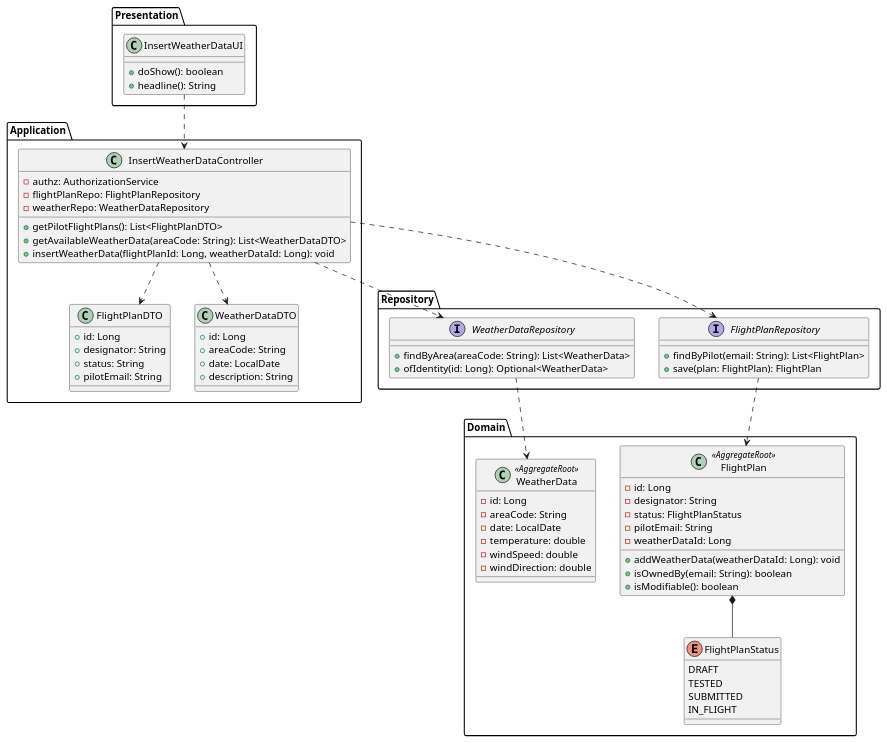
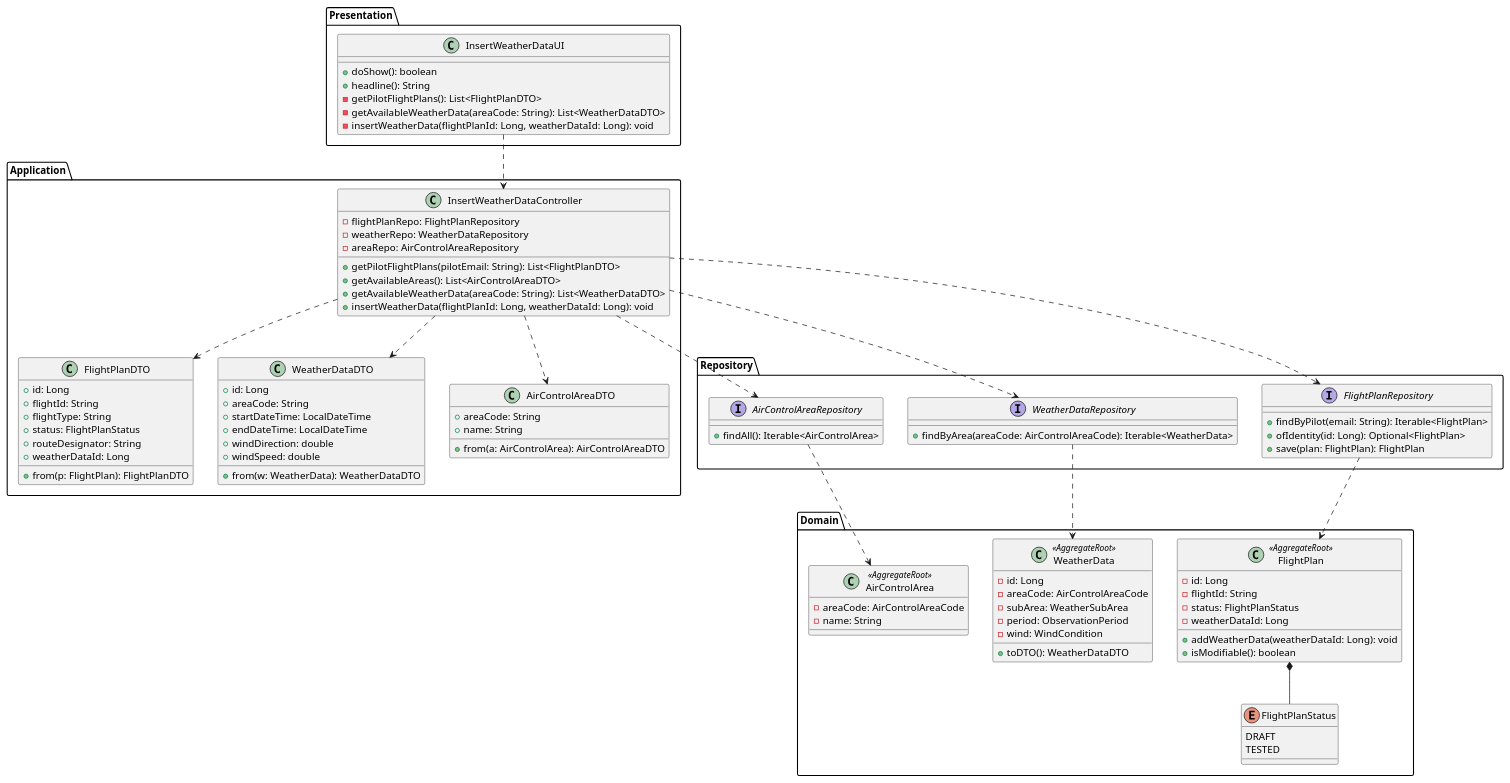
Before and after one commit to DuartePinto1240/sem4pi2526-sem4pi2526_2da2: the diagram in docs/Sprint 3/EAPLI/US082/puml/US082-class-diagram.puml, drawn with PlantUML. The commit also changed 13 other files, not shown here.

```diff
--- a/docs/Sprint 3/EAPLI/US082/puml/US082-class-diagram.puml
+++ b/docs/Sprint 3/EAPLI/US082/puml/US082-class-diagram.puml
@@ -1,80 +1,101 @@
 @startuml
 
 package "Presentation" {
   class InsertWeatherDataUI {
     +doShow(): boolean
     +headline(): String
+    -getPilotFlightPlans(): List<FlightPlanDTO>
+    -getAvailableWeatherData(areaCode: String): List<WeatherDataDTO>
+    -insertWeatherData(flightPlanId: Long, weatherDataId: Long): void
   }
 }
 
 package "Application" {
   class InsertWeatherDataController {
-    -authz: AuthorizationService
     -flightPlanRepo: FlightPlanRepository
     -weatherRepo: WeatherDataRepository
-    +getPilotFlightPlans(): List<FlightPlanDTO>
+    -areaRepo: AirControlAreaRepository
+    +getPilotFlightPlans(pilotEmail: String): List<FlightPlanDTO>
+    +getAvailableAreas(): List<AirControlAreaDTO>
     +getAvailableWeatherData(areaCode: String): List<WeatherDataDTO>
     +insertWeatherData(flightPlanId: Long, weatherDataId: Long): void
   }
   class FlightPlanDTO {
     +id: Long
-    +designator: String
-    +status: String
-    +pilotEmail: String
+    +flightId: String
+    +flightType: String
+    +status: FlightPlanStatus
+    +routeDesignator: String
+    +weatherDataId: Long
+    +from(p: FlightPlan): FlightPlanDTO
   }
   class WeatherDataDTO {
     +id: Long
     +areaCode: String
-    +date: LocalDate
-    +description: String
+    +startDateTime: LocalDateTime
+    +endDateTime: LocalDateTime
+    +windDirection: double
+    +windSpeed: double
+    +from(w: WeatherData): WeatherDataDTO
+  }
+  class AirControlAreaDTO {
+    +areaCode: String
+    +name: String
+    +from(a: AirControlArea): AirControlAreaDTO
   }
 }
 
 package "Domain" {
   class FlightPlan <<AggregateRoot>> {
     -id: Long
-    -designator: String
+    -flightId: String
     -status: FlightPlanStatus
-    -pilotEmail: String
     -weatherDataId: Long
     +addWeatherData(weatherDataId: Long): void
-    +isOwnedBy(email: String): boolean
     +isModifiable(): boolean
   }
   enum FlightPlanStatus {
     DRAFT
     TESTED
-    SUBMITTED
-    IN_FLIGHT
   }
   class WeatherData <<AggregateRoot>> {
     -id: Long
-    -areaCode: String
-    -date: LocalDate
-    -temperature: double
-    -windSpeed: double
-    -windDirection: double
+    -areaCode: AirControlAreaCode
+    -subArea: WeatherSubArea
+    -period: ObservationPeriod
+    -wind: WindCondition
+    +toDTO(): WeatherDataDTO
+  }
+  class AirControlArea <<AggregateRoot>> {
+    -areaCode: AirControlAreaCode
+    -name: String
   }
 }
 
 package "Repository" {
   interface FlightPlanRepository {
-    +findByPilot(email: String): List<FlightPlan>
+    +findByPilot(email: String): Iterable<FlightPlan>
+    +ofIdentity(id: Long): Optional<FlightPlan>
     +save(plan: FlightPlan): FlightPlan
   }
   interface WeatherDataRepository {
-    +findByArea(areaCode: String): List<WeatherData>
-    +ofIdentity(id: Long): Optional<WeatherData>
+    +findByArea(areaCode: AirControlAreaCode): Iterable<WeatherData>
+  }
+  interface AirControlAreaRepository {
+    +findAll(): Iterable<AirControlArea>
   }
 }
 
 InsertWeatherDataUI ..> InsertWeatherDataController
 InsertWeatherDataController ..> FlightPlanRepository
 InsertWeatherDataController ..> WeatherDataRepository
+InsertWeatherDataController ..> AirControlAreaRepository
 InsertWeatherDataController ..> FlightPlanDTO
 InsertWeatherDataController ..> WeatherDataDTO
+InsertWeatherDataController ..> AirControlAreaDTO
 FlightPlan *-- FlightPlanStatus
 FlightPlanRepository ..> FlightPlan
 WeatherDataRepository ..> WeatherData
+AirControlAreaRepository ..> AirControlArea
 
 @enduml
```
